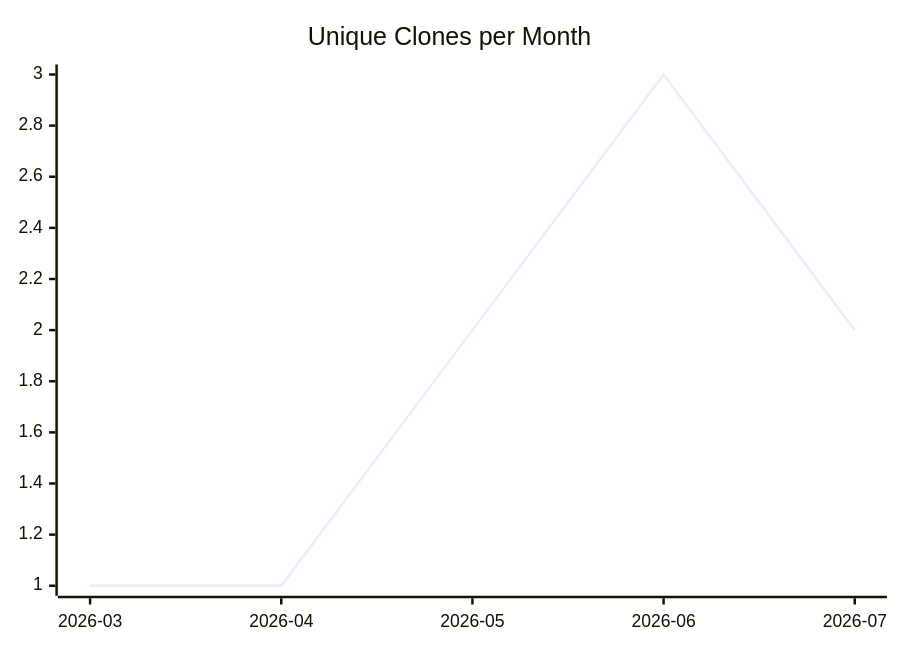
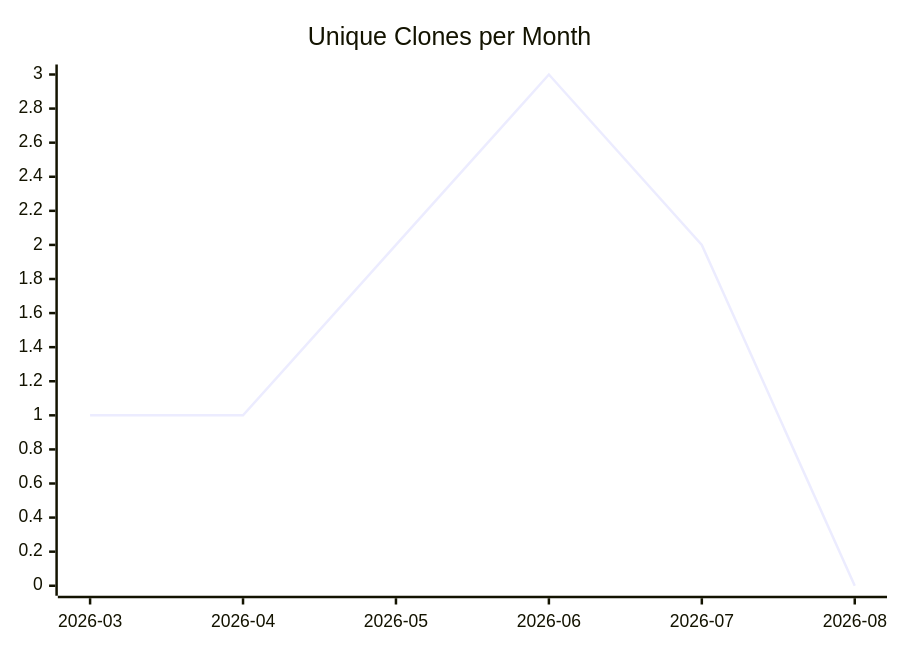
Before and after one commit to justdavis-family/github-analytics-data: the third of 3 diagrams in karlmdavis/ansible-role-acmetool/README.md, drawn with Mermaid. The commit also changed other lines of this file and 180 other files, not shown here.

````diff
--- a/karlmdavis/ansible-role-acmetool/README.md
+++ b/karlmdavis/ansible-role-acmetool/README.md
@@ -19,6 +19,6 @@
 ```mermaid
 xychart-beta
   title "Unique Clones per Month"
-  x-axis ["2026-03", "2026-04", "2026-05", "2026-06", "2026-07"]
-  line [1, 1, 2, 3, 2]
+  x-axis ["2026-03", "2026-04", "2026-05", "2026-06", "2026-07", "2026-08"]
+  line [1, 1, 2, 3, 2, 0]
 ```
````
